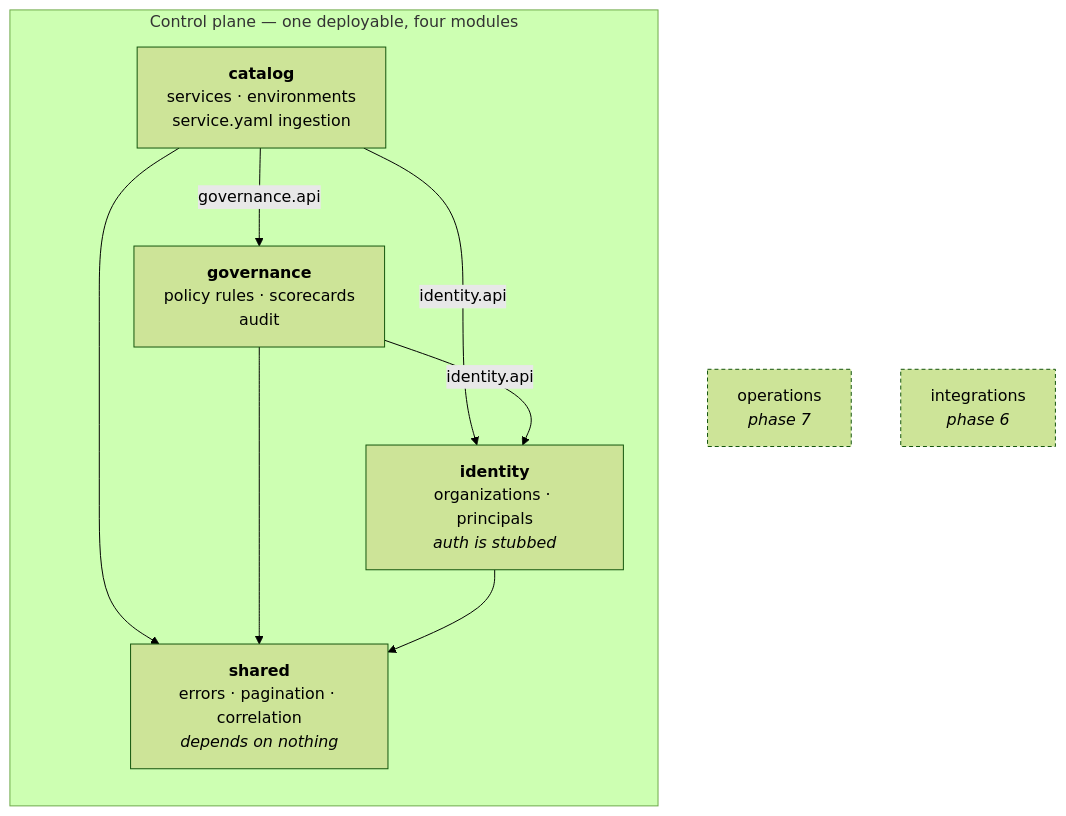
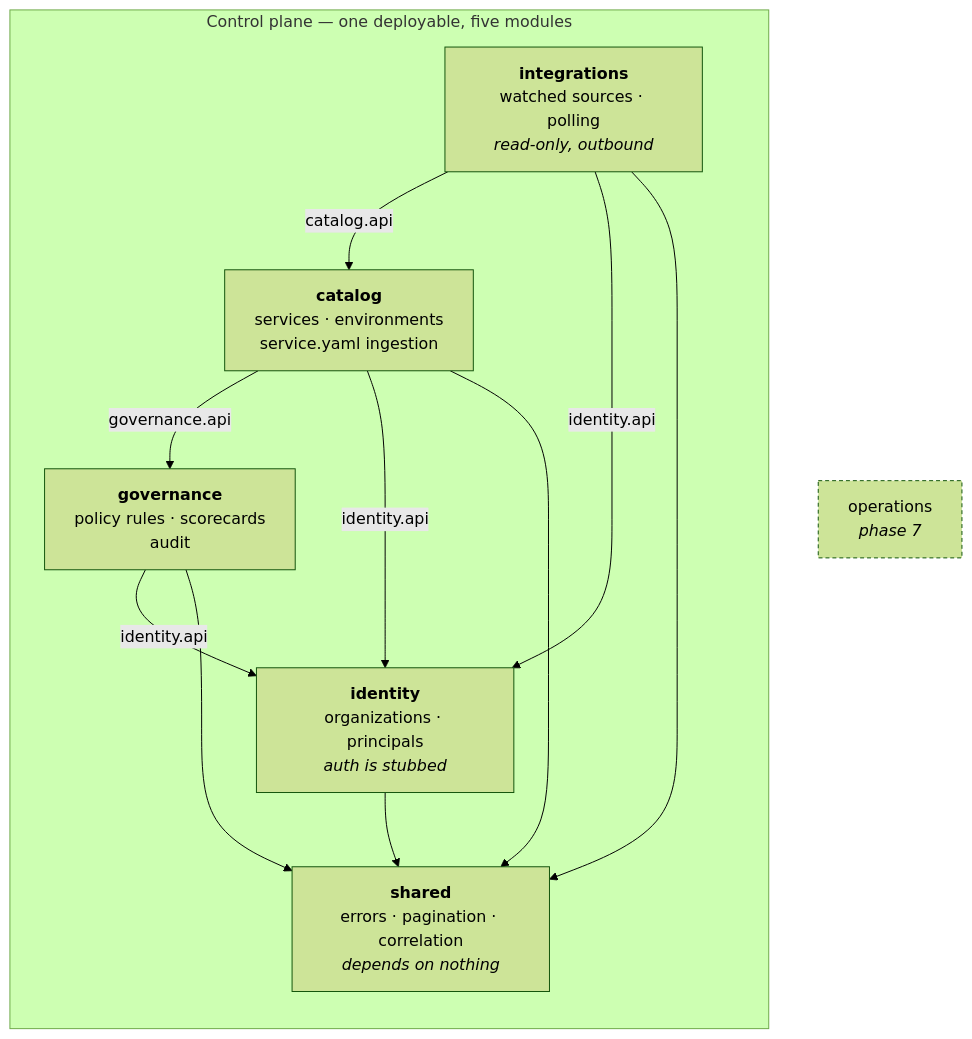
One commit to HoseaCodes/OpsAtlas changed the second of 4 diagrams in docs/architecture/slice-one.md. Above: the diagram before and after it, drawn with Mermaid (forest theme). The commit also changed other lines of this file and 3 other files, not shown here.

````diff
--- a/docs/architecture/slice-one.md
+++ b/docs/architecture/slice-one.md
@@ -46,22 +52,24 @@
 ```mermaid
 flowchart TD
-    subgraph cp["Control plane — one deployable, four modules"]
+    subgraph cp["Control plane — one deployable, five modules"]
         direction TB
+        integrations["<b>integrations</b><br/>watched sources · polling<br/><i>read-only, outbound</i>"]
         catalog["<b>catalog</b><br/>services · environments<br/>service.yaml ingestion"]
         governance["<b>governance</b><br/>policy rules · scorecards<br/>audit"]
         identity["<b>identity</b><br/>organizations · principals<br/><i>auth is stubbed</i>"]
         shared["<b>shared</b><br/>errors · pagination · correlation<br/><i>depends on nothing</i>"]
     end
 
+    integrations -->|"catalog.api"| catalog
+    integrations -->|"identity.api"| identity
     catalog -->|"governance.api"| governance
     catalog -->|"identity.api"| identity
     governance -->|"identity.api"| identity
+    integrations --> shared
     catalog --> shared
     governance --> shared
     identity --> shared
 
     ops["operations<br/><i>phase 7</i>"]
-    integrations["integrations<br/><i>phase 6</i>"]
     style ops stroke-dasharray: 4 3
-    style integrations stroke-dasharray: 4 3
 ```
````
